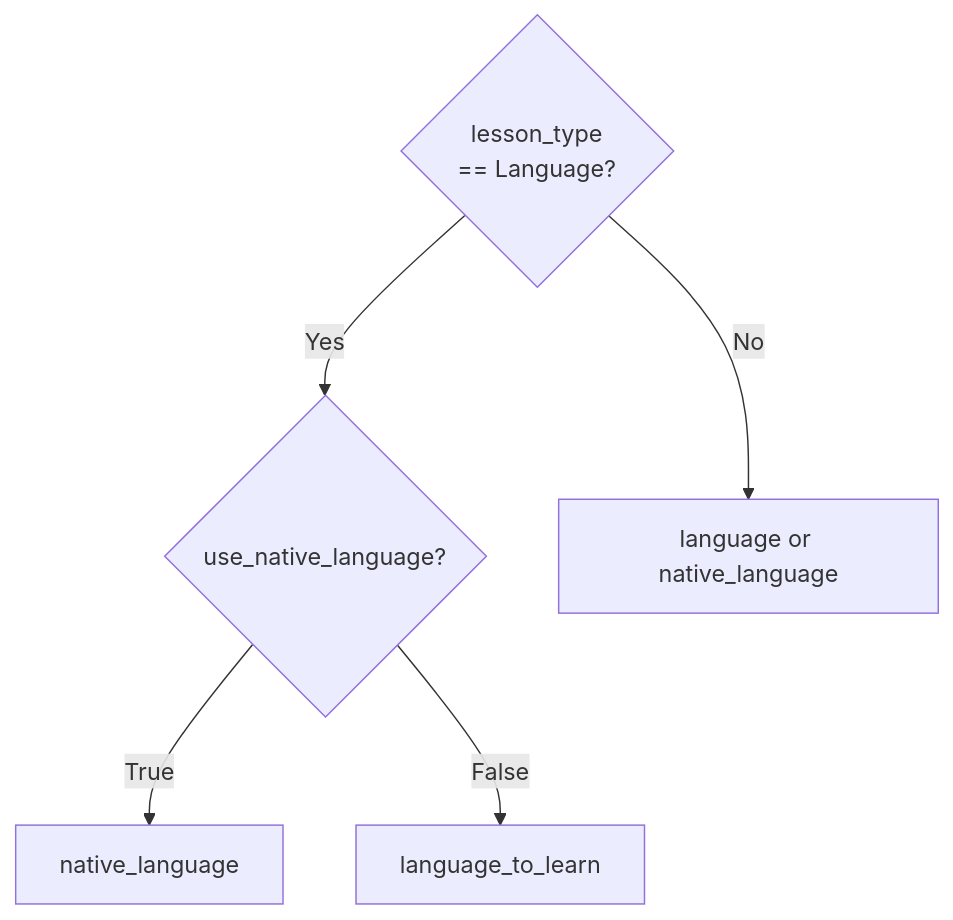
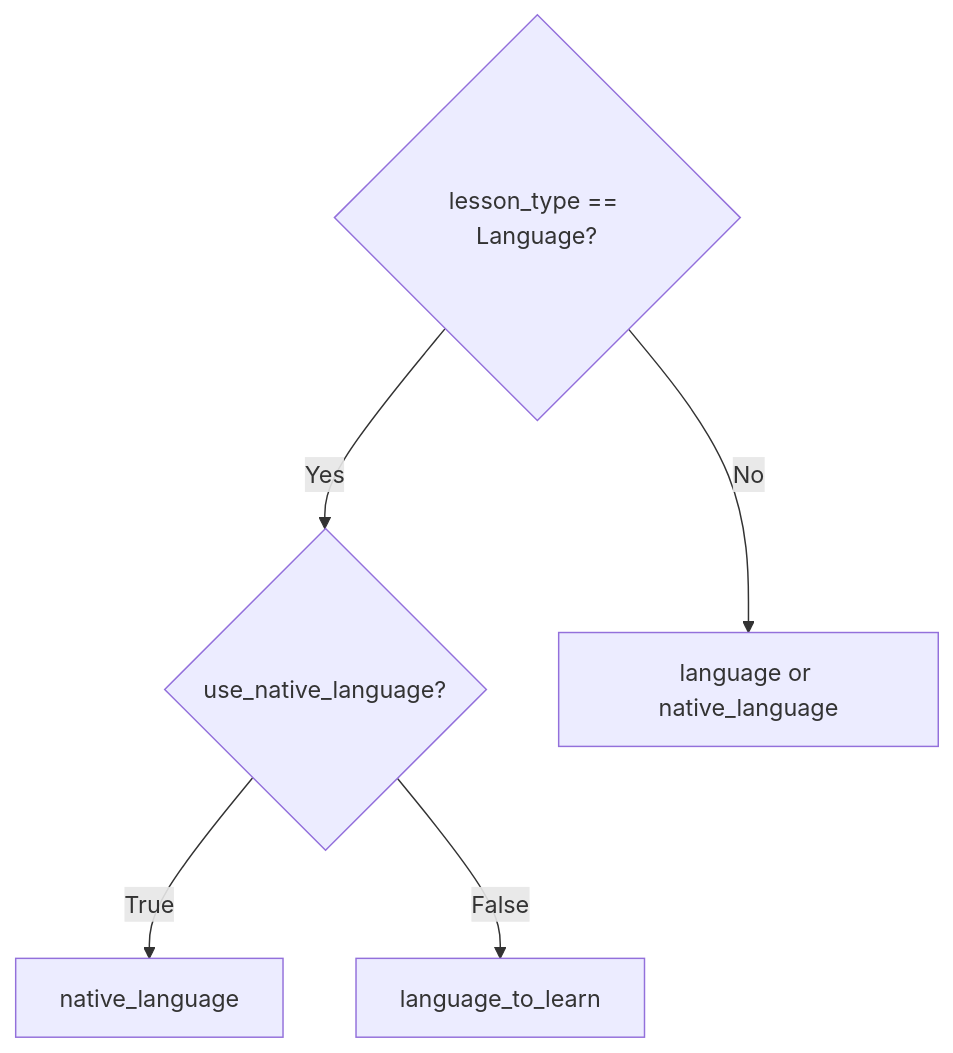
Before and after one commit to Dockdep/LessonHub: the first of 2 diagrams in diagrams/ai/02-endpoints.md, drawn with Mermaid. The commit also changed other lines of this file and 36 other files, not shown here.

````diff
--- a/diagrams/ai/02-endpoints.md
+++ b/diagrams/ai/02-endpoints.md
@@ -25,13 +27,13 @@
 ```mermaid
 flowchart TD
-  start{lesson_type<br/>== Language?}
+  s{lesson_type == Language?}
   yes{use_native_language?}
-  no_lang[language or native_language]
-  use_native[native_language]
-  use_target[language_to_learn]
+  default[language or native_language]
+  native[native_language]
+  immersive[language_to_learn]
 
-  start -- Yes --> yes
-  start -- No --> no_lang
-  yes -- True --> use_native
-  yes -- False --> use_target
+  s -- No --> default
+  s -- Yes --> yes
+  yes -- True --> native
+  yes -- False --> immersive
 ```
````
